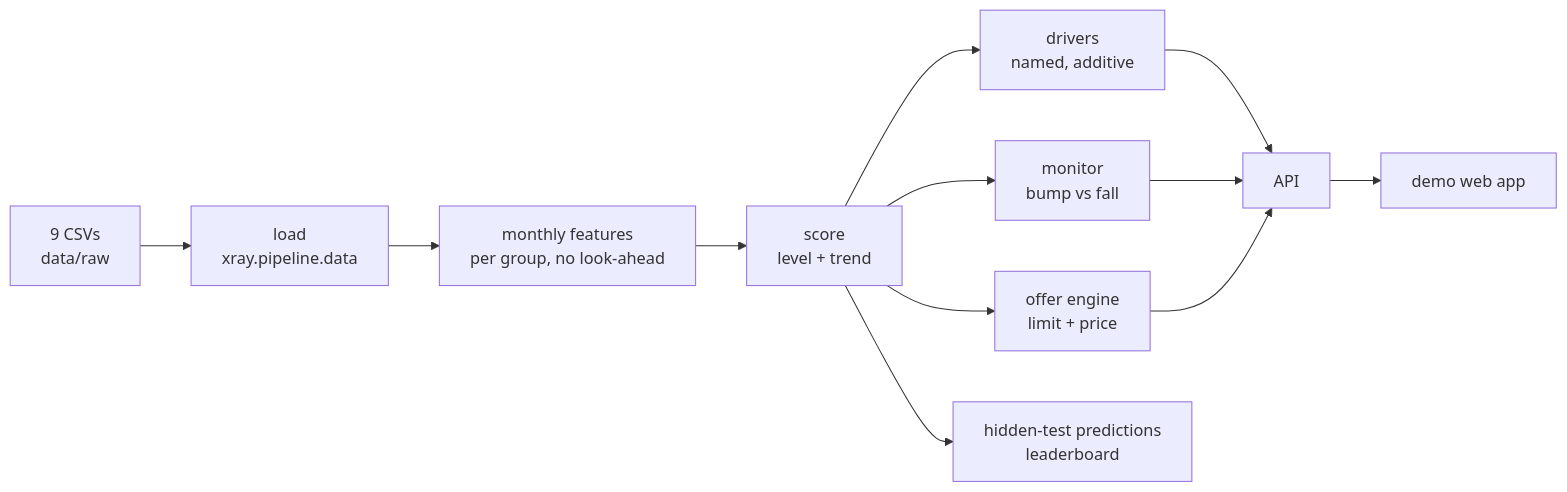
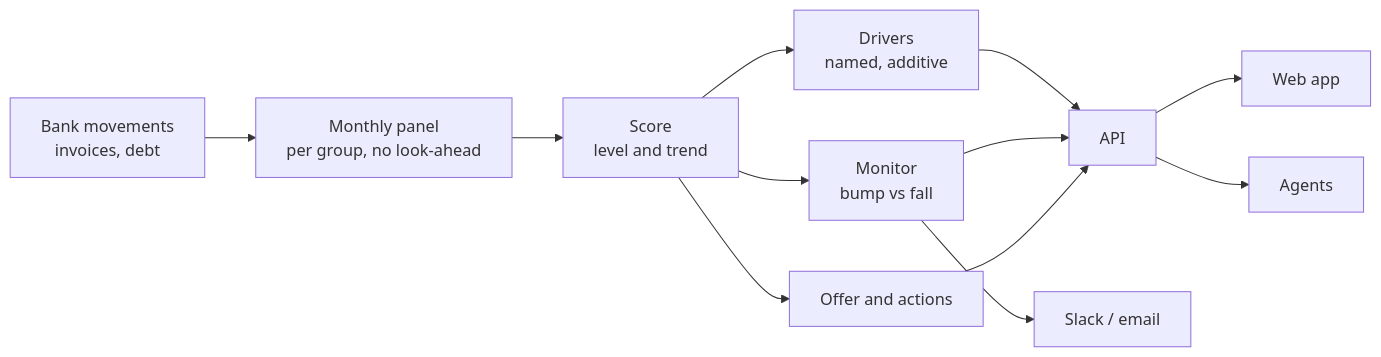
Before and after one commit to felipemagr/hackspain: the first of 2 diagrams in README.md, drawn with Mermaid. The commit also changed other lines of this file and 1 other file, not shown here.

````diff
--- a/README.md
+++ b/README.md
@@ -64,14 +75,14 @@
 ```mermaid
 flowchart LR
-    A[9 CSVs<br/>data/raw] --> B[load<br/>xray.pipeline.data]
-    B --> C[monthly features<br/>per group, no look-ahead]
-    C --> D[score<br/>level + trend]
-    D --> E[drivers<br/>named, additive]
-    D --> F[monitor<br/>bump vs fall]
-    D --> G[offer engine<br/>limit + price]
-    E --> H[API]
-    F --> H
-    G --> H
-    H --> I[demo web app]
-    D --> J[hidden-test predictions<br/>leaderboard]
+    A[Bank movements<br/>invoices, debt] --> B[Monthly panel<br/>per group, no look-ahead]
+    B --> C[Score<br/>level and trend]
+    C --> D[Drivers<br/>named, additive]
+    C --> E[Monitor<br/>bump vs fall]
+    C --> F[Offer and actions]
+    D --> G[API]
+    E --> G
+    F --> G
+    G --> H[Web app]
+    E --> I[Slack / email]
+    G --> J[Agents]
 ```
````
